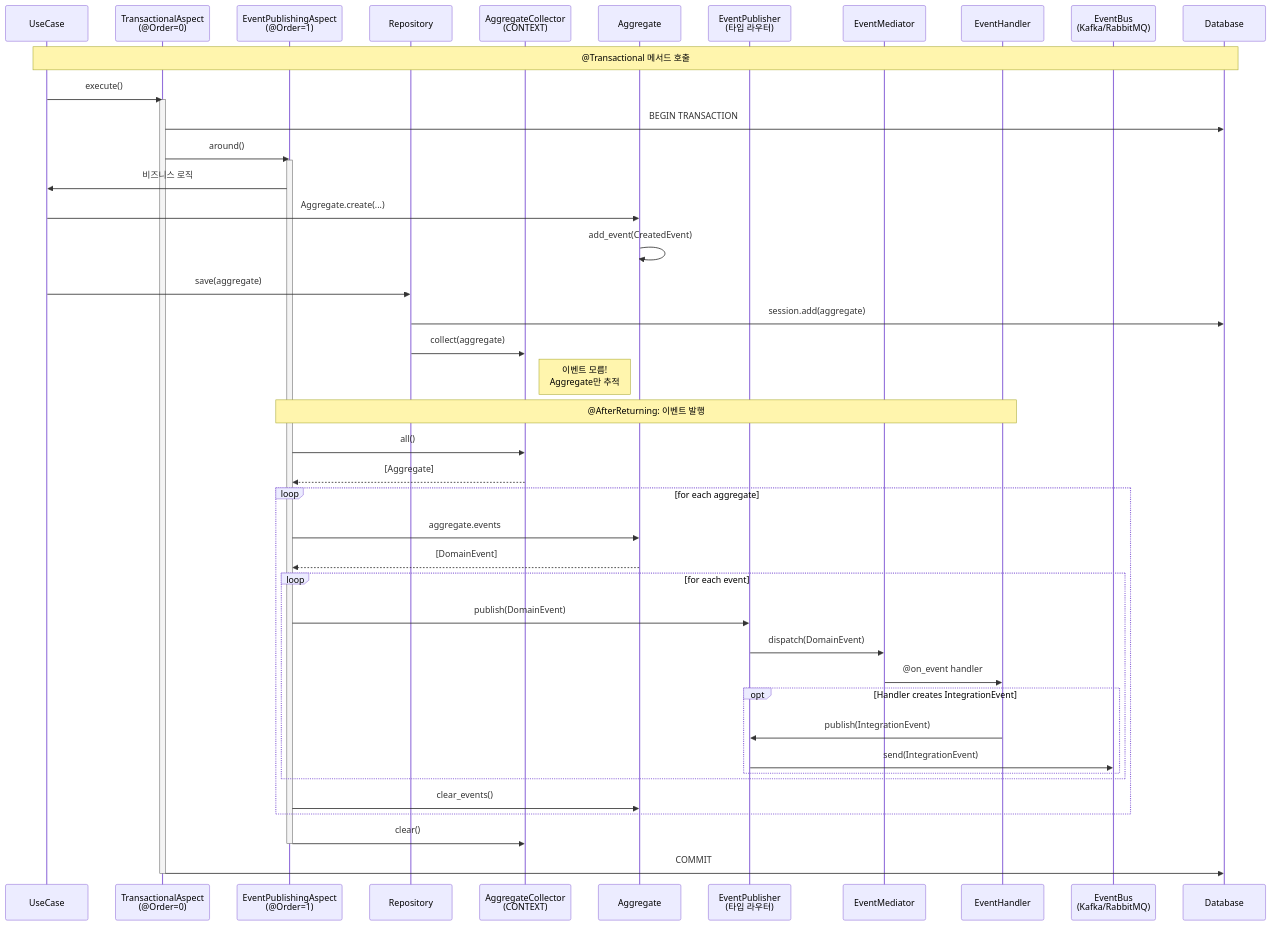
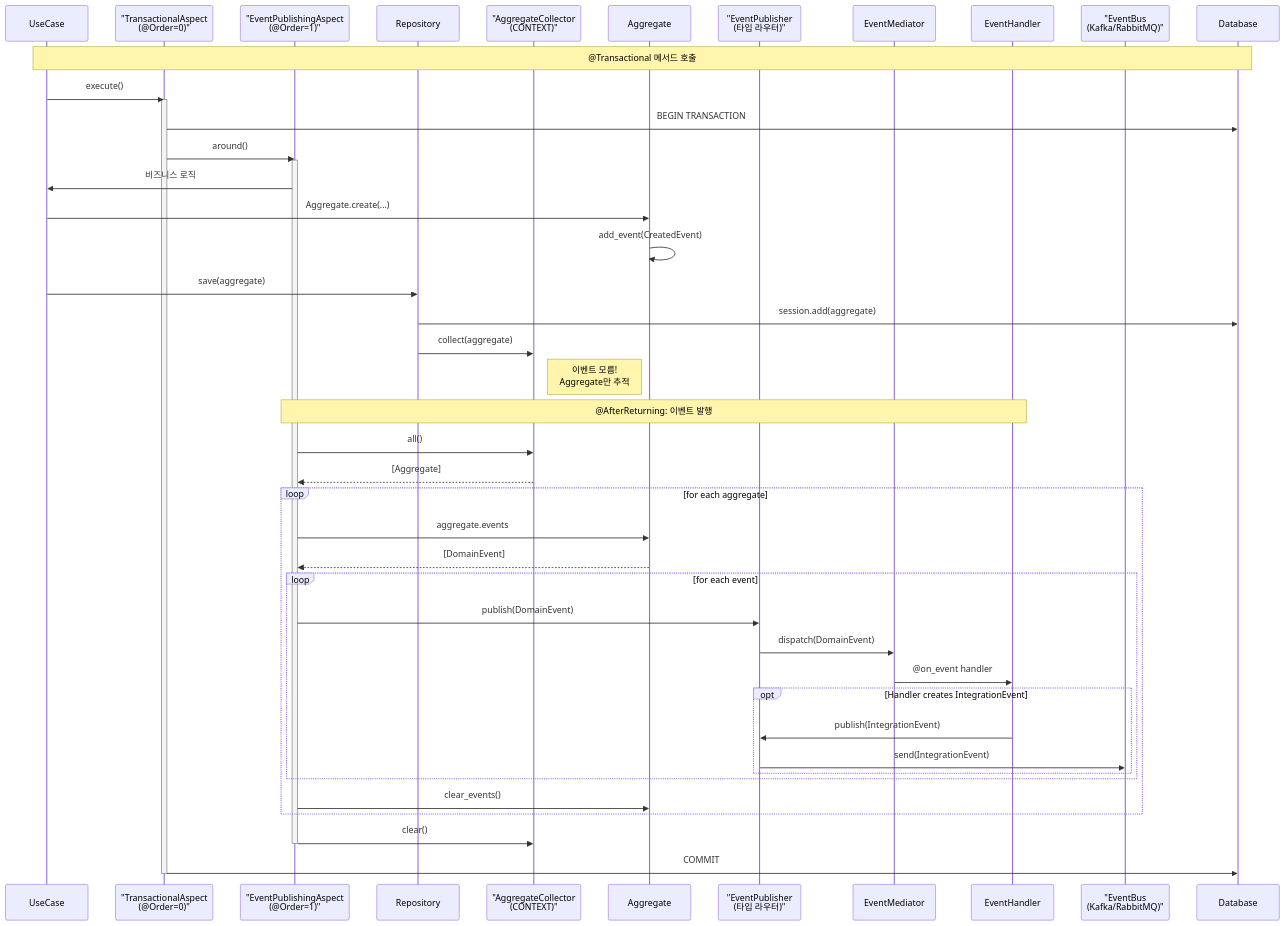
One commit to E5presso/spakky-framework changed the tenth of 12 diagrams in ARCHITECTURE.md. Above: the diagram before and after it, drawn with Mermaid. The commit also changed other lines of this file and 45 other files, not shown here.

````diff
--- a/ARCHITECTURE.md
+++ b/ARCHITECTURE.md
@@ -917,58 +932,58 @@
 ```mermaid
 sequenceDiagram
     participant S as UseCase
-    participant TA as TransactionalAspect<br/>(@Order=0)
-    participant EA as EventPublishingAspect<br/>(@Order=1)
+    participant TA as "TransactionalAspect<br/>(@Order=0)"
+    participant EA as "EventPublishingAspect<br/>(@Order=1)"
     participant R as Repository
-    participant C as AggregateCollector<br/>(CONTEXT)
+    participant C as "AggregateCollector<br/>(CONTEXT)"
     participant A as Aggregate
-    participant P as EventPublisher<br/>(타입 라우터)
+    participant P as "EventPublisher<br/>(타입 라우터)"
     participant M as EventMediator
     participant H as EventHandler
-    participant B as EventBus<br/>(Kafka/RabbitMQ)
+    participant B as "EventBus<br/>(Kafka/RabbitMQ)"
     participant DB as Database
 
     Note over S,DB: @Transactional 메서드 호출
 
     S->>TA: execute()
     activate TA
     TA->>DB: BEGIN TRANSACTION
 
     TA->>EA: around()
     activate EA
 
     EA->>S: 비즈니스 로직
     S->>A: Aggregate.create(...)
     A->>A: add_event(CreatedEvent)
 
     S->>R: save(aggregate)
     R->>DB: session.add(aggregate)
     R->>C: collect(aggregate)
     Note right of C: 이벤트 모름!<br/>Aggregate만 추적
 
     Note over EA,H: @AfterReturning: 이벤트 발행
 
     EA->>C: all()
     C-->>EA: [Aggregate]
 
     loop for each aggregate
         EA->>A: aggregate.events
         A-->>EA: [DomainEvent]
         loop for each event
             EA->>P: publish(DomainEvent)
             P->>M: dispatch(DomainEvent)
             M->>H: @on_event handler
             opt Handler creates IntegrationEvent
                 H->>P: publish(IntegrationEvent)
                 P->>B: send(IntegrationEvent)
             end
         end
         EA->>A: clear_events()
     end
 
     EA->>C: clear()
     deactivate EA
 
     TA->>DB: COMMIT
     deactivate TA
 ```
````
